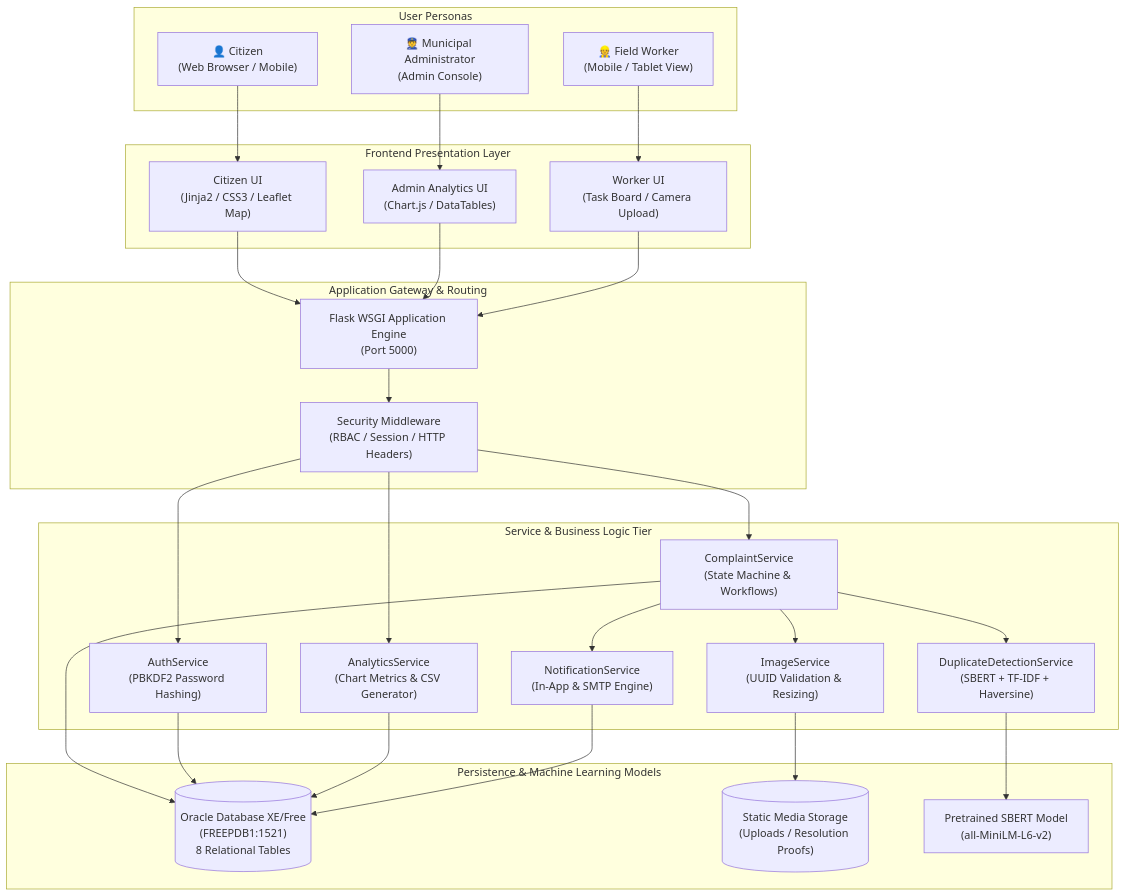
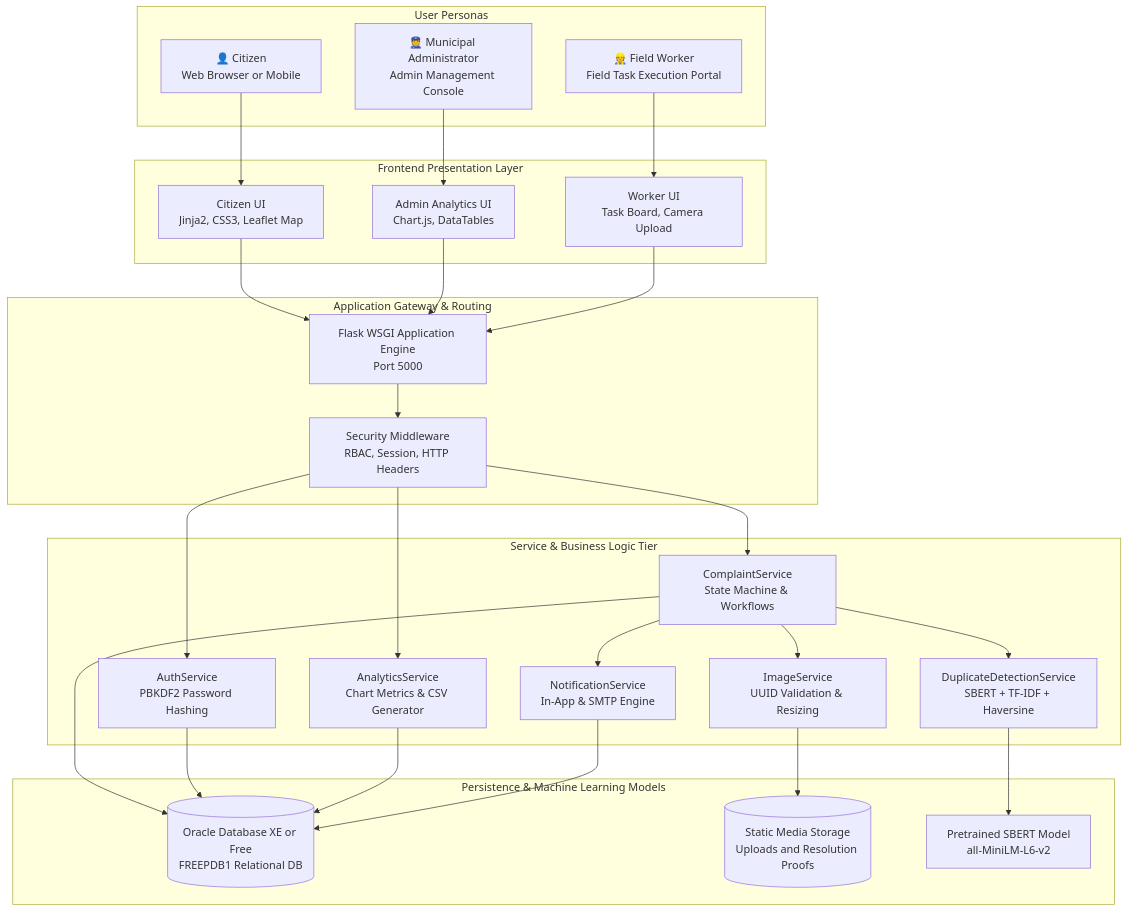
Before and after one commit to Sagarsen2001/CivicPulse: the first of 11 diagrams in docs/system_architecture.md, drawn with Mermaid. The commit also changed other lines of this file and 2 other files, not shown here.

````diff
--- a/docs/system_architecture.md
+++ b/docs/system_architecture.md
@@ -46,58 +46,58 @@
 ```mermaid
 flowchart TD
     subgraph Actors["User Personas"]
-        Citizen["👤 Citizen\n(Web Browser / Mobile)"]
-        Admin["👮 Municipal Administrator\n(Admin Console)"]
-        Worker["👷 Field Worker\n(Mobile / Tablet View)"]
+        Citizen["👤 Citizen<br/>Web Browser or Mobile"]
+        Admin["👮 Municipal Administrator<br/>Admin Management Console"]
+        Worker["👷 Field Worker<br/>Field Task Execution Portal"]
     end
 
     subgraph ClientLayer["Frontend Presentation Layer"]
-        UI_Citizen["Citizen UI\n(Jinja2 / CSS3 / Leaflet Map)"]
-        UI_Admin["Admin Analytics UI\n(Chart.js / DataTables)"]
-        UI_Worker["Worker UI\n(Task Board / Camera Upload)"]
+        UI_Citizen["Citizen UI<br/>Jinja2, CSS3, Leaflet Map"]
+        UI_Admin["Admin Analytics UI<br/>Chart.js, DataTables"]
+        UI_Worker["Worker UI<br/>Task Board, Camera Upload"]
     end
 
     subgraph Gateway["Application Gateway & Routing"]
-        WebGateway["Flask WSGI Application Engine\n(Port 5000)"]
-        SecurityMW["Security Middleware\n(RBAC / Session / HTTP Headers)"]
+        WebGateway["Flask WSGI Application Engine<br/>Port 5000"]
+        SecurityMW["Security Middleware<br/>RBAC, Session, HTTP Headers"]
     end
 
     subgraph ServiceLayer["Service & Business Logic Tier"]
-        AuthSvc["AuthService\n(PBKDF2 Password Hashing)"]
-        CompSvc["ComplaintService\n(State Machine & Workflows)"]
-        DupSvc["DuplicateDetectionService\n(SBERT + TF-IDF + Haversine)"]
-        AnalytSvc["AnalyticsService\n(Chart Metrics & CSV Generator)"]
-        NotifSvc["NotificationService\n(In-App & SMTP Engine)"]
-        ImgSvc["ImageService\n(UUID Validation & Resizing)"]
+        AuthSvc["AuthService<br/>PBKDF2 Password Hashing"]
+        CompSvc["ComplaintService<br/>State Machine & Workflows"]
+        DupSvc["DuplicateDetectionService<br/>SBERT + TF-IDF + Haversine"]
+        AnalytSvc["AnalyticsService<br/>Chart Metrics & CSV Generator"]
+        NotifSvc["NotificationService<br/>In-App & SMTP Engine"]
+        ImgSvc["ImageService<br/>UUID Validation & Resizing"]
     end
 
     subgraph DataLayer["Persistence & Machine Learning Models"]
-        OracleDB[("Oracle Database XE/Free\n(FREEPDB1:1521)\n8 Relational Tables")]
-        FileSystem[("Static Media Storage\n(Uploads / Resolution Proofs)")]
-        MLModels["Pretrained SBERT Model\n(all-MiniLM-L6-v2)"]
+        OracleDB[("Oracle Database XE or Free<br/>FREEPDB1 Relational DB")]
+        FileSystem[("Static Media Storage<br/>Uploads and Resolution Proofs")]
+        MLModels["Pretrained SBERT Model<br/>all-MiniLM-L6-v2"]
     end
 
     Citizen --> UI_Citizen
     Admin --> UI_Admin
     Worker --> UI_Worker
 
     UI_Citizen --> WebGateway
     UI_Admin --> WebGateway
     UI_Worker --> WebGateway
 
     WebGateway --> SecurityMW
     SecurityMW --> AuthSvc
     SecurityMW --> CompSvc
     SecurityMW --> AnalytSvc
 
     CompSvc --> DupSvc
     CompSvc --> NotifSvc
     CompSvc --> ImgSvc
 
     DupSvc --> MLModels
     CompSvc --> OracleDB
     AuthSvc --> OracleDB
     AnalytSvc --> OracleDB
     NotifSvc --> OracleDB
     ImgSvc --> FileSystem
 ```
````
